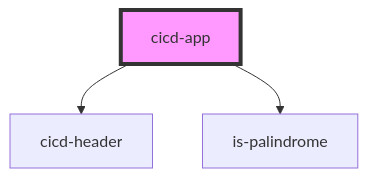
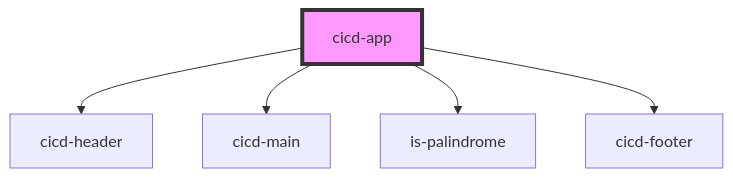
Before and after one commit to jump-group/cicd-exercise1-2: the diagram in src/components/cicd-app/readme.md, drawn with Mermaid. The commit also changed other lines of this file and 3 other files, not shown here.

````diff
--- a/src/components/cicd-app/readme.md
+++ b/src/components/cicd-app/readme.md
@@ -16,6 +18,8 @@
 ```mermaid
 graph TD;
   cicd-app --> cicd-header
+  cicd-app --> cicd-main
   cicd-app --> is-palindrome
+  cicd-app --> cicd-footer
   style cicd-app fill:#f9f,stroke:#333,stroke-width:4px
 ```
````
